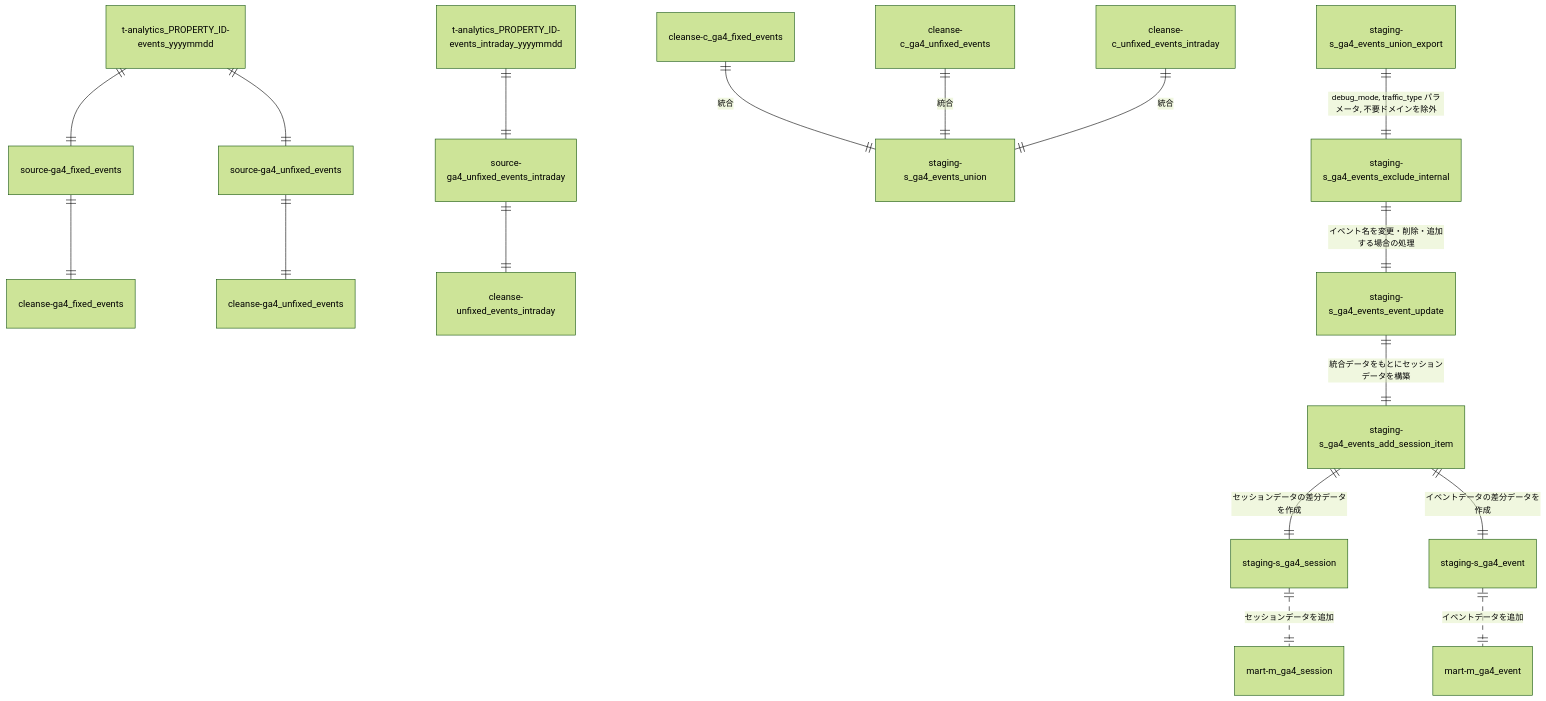
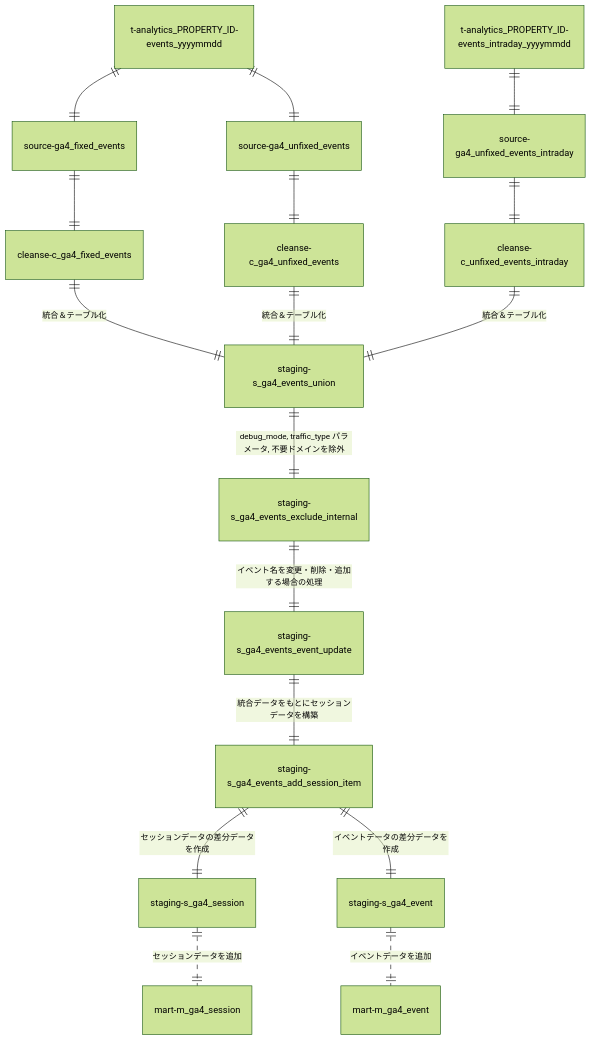
Before and after one commit to MondayTiger/molts_ga4: the diagram in README.md, drawn with Mermaid (forest theme). The commit also changed other lines of this file, not shown here.

Commit message:
README修正

````diff
--- a/README.md
+++ b/README.md
@@ -38,34 +39,34 @@
 ```mermaid
 erDiagram
 		%% GA4のイベントデータからソースデータを構築
     t-analytics_PROPERTY_ID-events_yyyymmdd ||--|| source-ga4_fixed_events : ""
     t-analytics_PROPERTY_ID-events_yyyymmdd ||--|| source-ga4_unfixed_events : ""
     t-analytics_PROPERTY_ID-events_intraday_yyyymmdd ||--|| source-ga4_unfixed_events_intraday : ""
 
 		%% ソースデータをクレンジング
-    source-ga4_fixed_events ||--|| cleanse-ga4_fixed_events : ""
-    source-ga4_unfixed_events ||--|| cleanse-ga4_unfixed_events : ""
-    source-ga4_unfixed_events_intraday ||--|| cleanse-unfixed_events_intraday : ""
+    source-ga4_fixed_events ||--|| cleanse-c_ga4_fixed_events : ""
+    source-ga4_unfixed_events ||--|| cleanse-c_ga4_unfixed_events : ""
+    source-ga4_unfixed_events_intraday ||--|| cleanse-c_unfixed_events_intraday : ""
 
 		%% クレンジングしたデータを統合&処理が複雑すぎて、後続の処理がBigQuery上で処理できないため、テーブル化
-    cleanse-c_ga4_fixed_events ||--|| staging-s_ga4_events_union : "統合"
-    cleanse-c_ga4_unfixed_events ||--|| staging-s_ga4_events_union : "統合"
-    cleanse-c_unfixed_events_intraday ||--|| staging-s_ga4_events_union : "統合"
+    cleanse-c_ga4_fixed_events ||--|| staging-s_ga4_events_union : "統合＆テーブル化"
+    cleanse-c_ga4_unfixed_events ||--|| staging-s_ga4_events_union : "統合＆テーブル化"
+    cleanse-c_unfixed_events_intraday ||--|| staging-s_ga4_events_union : "統合＆テーブル化"
 
 		%% 内部アクセスを除外
-    staging-s_ga4_events_union_export ||--|| staging-s_ga4_events_exclude_internal : "debug_mode, traffic_type パラメータ, 不要ドメインを除外"
+    staging-s_ga4_events_union ||--|| staging-s_ga4_events_exclude_internal : "debug_mode, traffic_type パラメータ, 不要ドメインを除外"
 
 		%% イベント名を変更・削除・追加する場合の処理
     staging-s_ga4_events_exclude_internal ||--|| staging-s_ga4_events_event_update : "イベント名を変更・削除・追加する場合の処理"
 
 		%% 統合データをもとにセッションデータを構築
     staging-s_ga4_events_event_update ||--|| staging-s_ga4_events_add_session_item : "統合データをもとにセッションデータを構築"
 
 		%% 各データマートに追加する差分データを構築
     staging-s_ga4_events_add_session_item ||--|| staging-s_ga4_session : "セッションデータの差分データを作成"
     staging-s_ga4_events_add_session_item ||--|| staging-s_ga4_event : "イベントデータの差分データを作成"
 
 		%% 蓄積済みの各データマートにデータを投入
     staging-s_ga4_session ||..|| mart-m_ga4_session : "セッションデータを追加"
     staging-s_ga4_event ||..|| mart-m_ga4_event : "イベントデータを追加"
  ```
````
